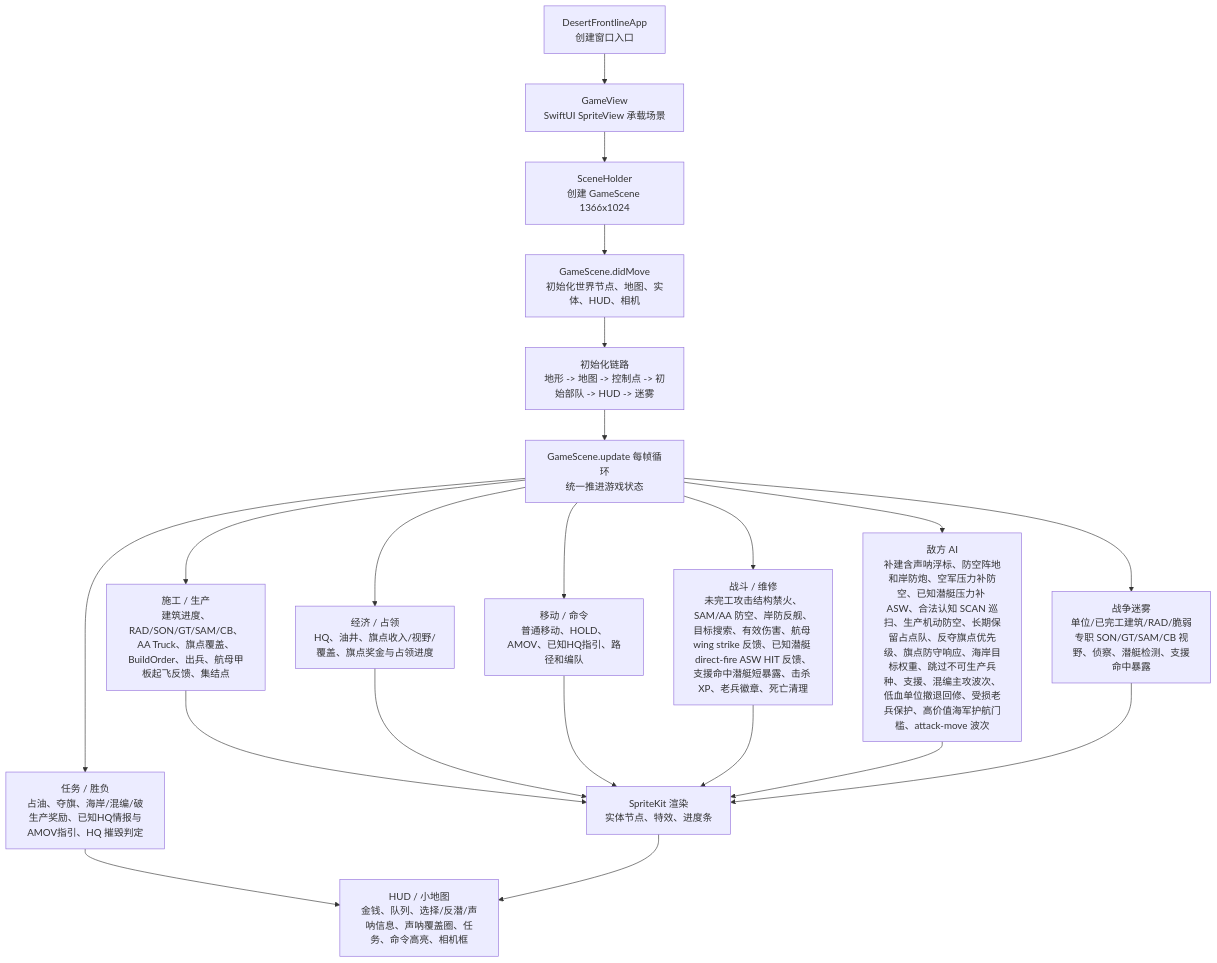
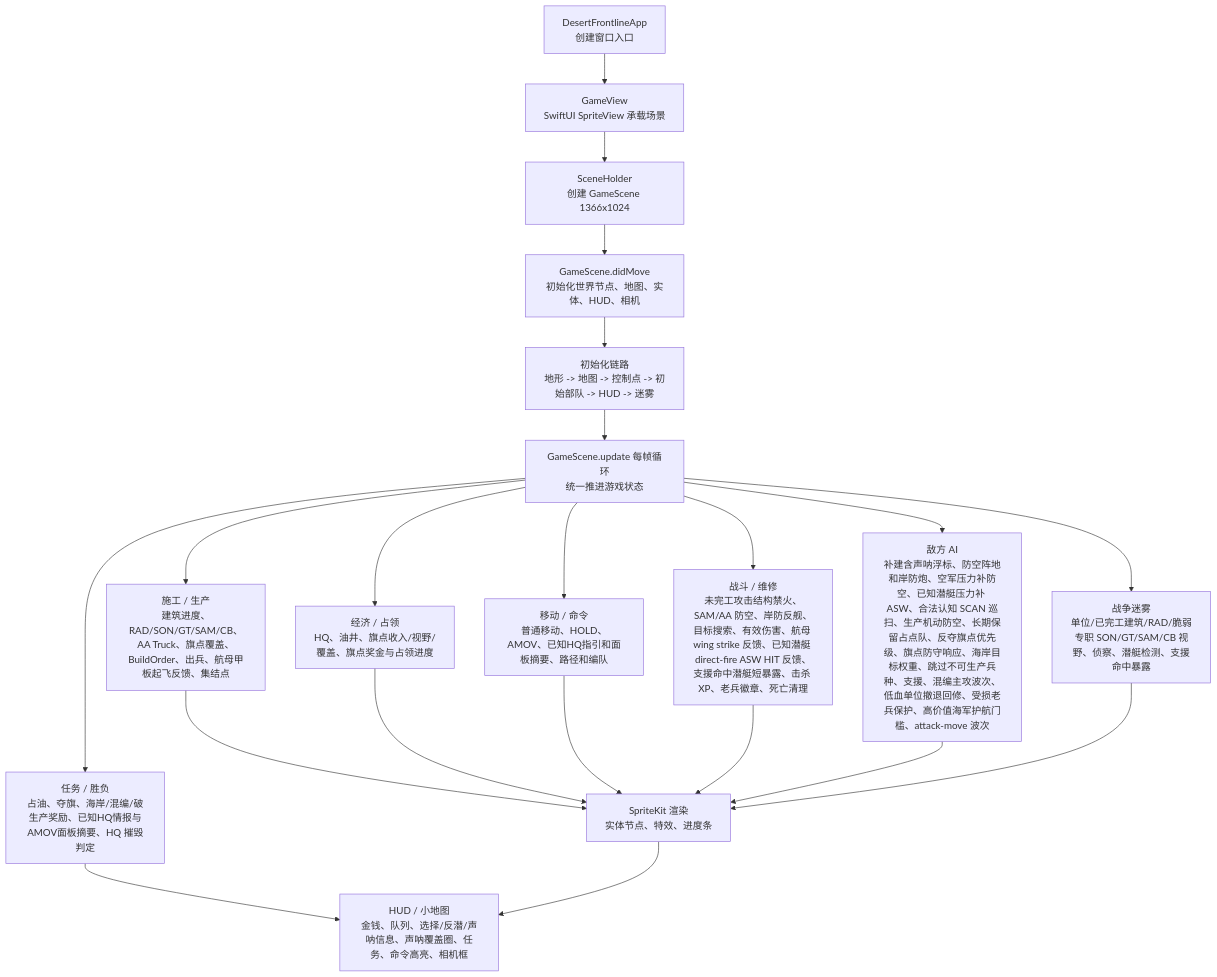
One commit to Altman-sam114/1145 changed the first of 3 diagrams in md/flow/flowchart.md. Above: the diagram before and after it, drawn with Mermaid. The commit also changed other lines of this file and 4 other files, not shown here.

````diff
--- a/md/flow/flowchart.md
+++ b/md/flow/flowchart.md
@@ -9,23 +9,23 @@
 ```mermaid
 flowchart TD
   App["DesertFrontlineApp\n创建窗口入口"] --> View["GameView\nSwiftUI SpriteView 承载场景"]
   View --> Holder["SceneHolder\n创建 GameScene 1366x1024"]
   Holder --> Scene["GameScene.didMove\n初始化世界节点、地图、实体、HUD、相机"]
   Scene --> Init["初始化链路\n地形 -> 地图 -> 控制点 -> 初始部队 -> HUD -> 迷雾"]
   Init --> Loop["GameScene.update 每帧循环\n统一推进游戏状态"]
   Loop --> Build["施工 / 生产\n建筑进度、RAD/SON/GT/SAM/CB、AA Truck、旗点覆盖、BuildOrder、出兵、航母甲板起飞反馈、集结点"]
   Loop --> Economy["经济 / 占领\nHQ、油井、旗点收入/视野/覆盖、旗点奖金与占领进度"]
-  Loop --> Commands["移动 / 命令\n普通移动、HOLD、AMOV、已知HQ指引、路径和编队"]
+  Loop --> Commands["移动 / 命令\n普通移动、HOLD、AMOV、已知HQ指引和面板摘要、路径和编队"]
   Loop --> Combat["战斗 / 维修\n未完工攻击结构禁火、SAM/AA 防空、岸防反舰、目标搜索、有效伤害、航母 wing strike 反馈、已知潜艇 direct-fire ASW HIT 反馈、支援命中潜艇短暴露、击杀 XP、老兵徽章、死亡清理"]
   Loop --> AI["敌方 AI\n补建含声呐浮标、防空阵地和岸防炮、空军压力补防空、已知潜艇压力补 ASW、合法认知 SCAN 巡扫、生产机动防空、长期保留占点队、反夺旗点优先级、旗点防守响应、海岸目标权重、跳过不可生产兵种、支援、混编主攻波次、低血单位撤退回修、受损老兵保护、高价值海军护航门槛、attack-move 波次"]
   Loop --> Fog["战争迷雾\n单位/已完工建筑/RAD/脆弱专职 SON/GT/SAM/CB 视野、侦察、潜艇检测、支援命中暴露"]
-  Loop --> Mission["任务 / 胜负\n占油、夺旗、海岸/混编/破生产奖励、已知HQ情报与AMOV指引、HQ 摧毁判定"]
+  Loop --> Mission["任务 / 胜负\n占油、夺旗、海岸/混编/破生产奖励、已知HQ情报与AMOV面板摘要、HQ 摧毁判定"]
   Build --> Render["SpriteKit 渲染\n实体节点、特效、进度条"]
   Economy --> Render
   Commands --> Render
   Combat --> Render
   AI --> Render
   Fog --> Render
   Mission --> HUD["HUD / 小地图\n金钱、队列、选择/反潜/声呐信息、声呐覆盖圈、任务、命令高亮、相机框"]
   Render --> HUD
 ```
````
